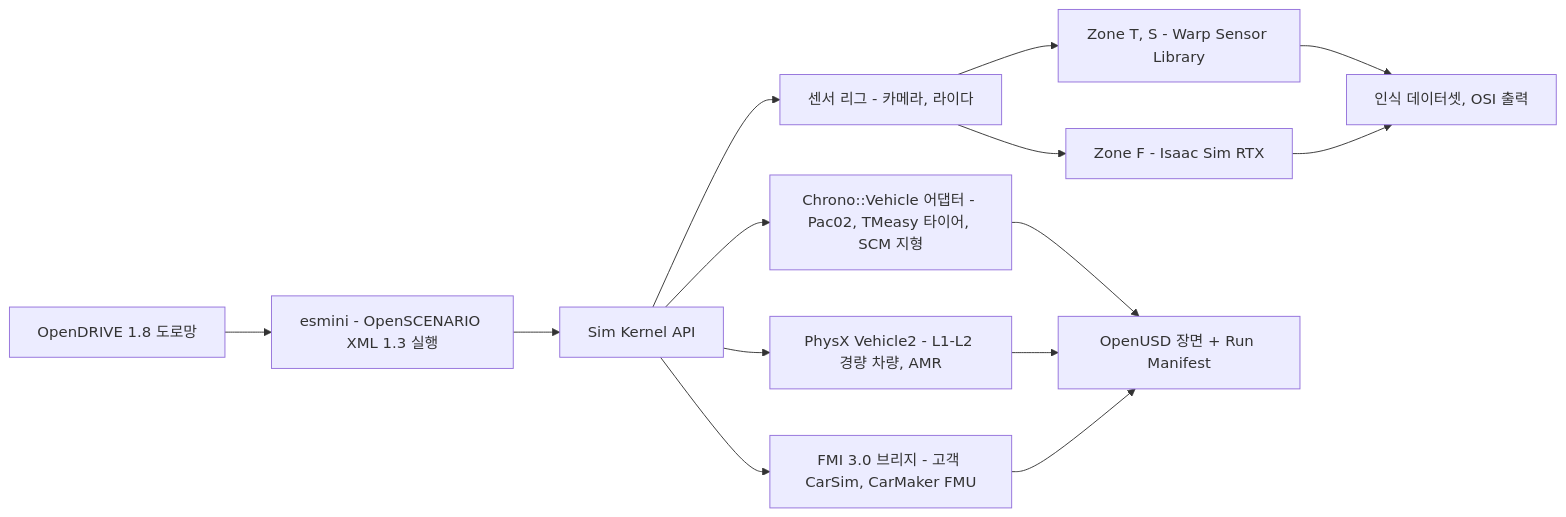
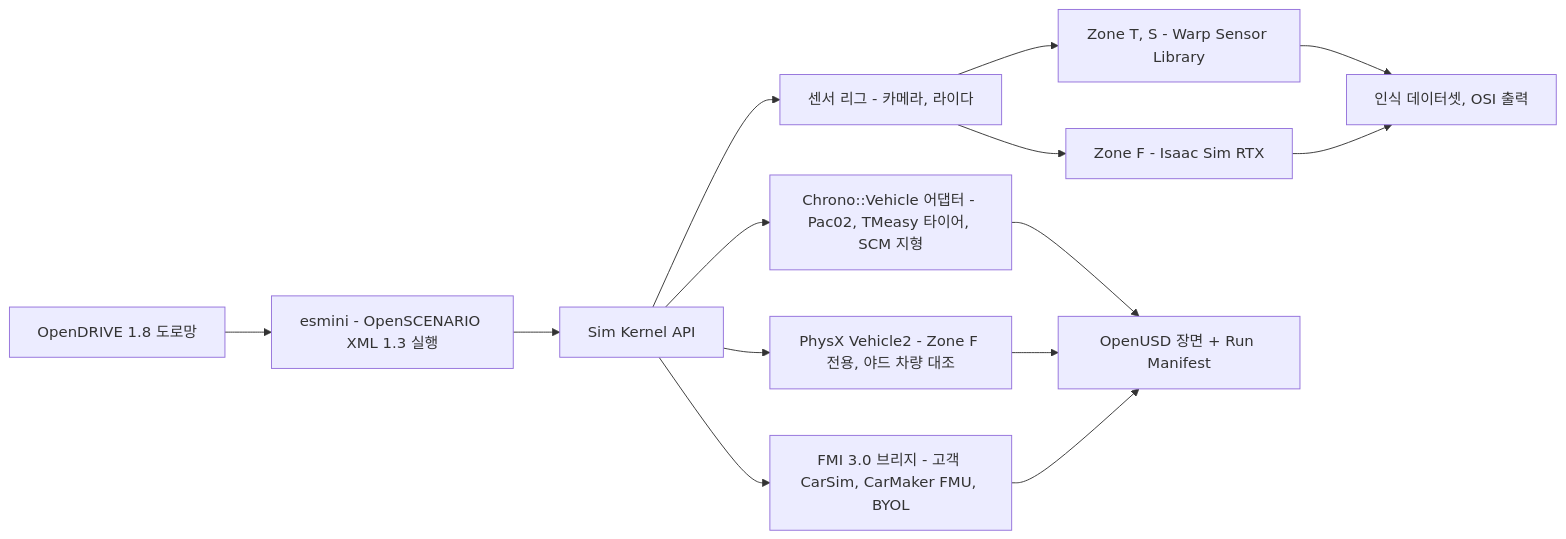
One commit to ouremployeeces-ship-it/AIResearch changed the third of 8 diagrams in docs/digital-twin-platform/03-engine-selection-build-vs-buy.md. Above: the diagram before and after it, drawn with Mermaid. The commit also changed other lines of this file and 14 other files, not shown here.

````diff
--- a/docs/digital-twin-platform/03-engine-selection-build-vs-buy.md
+++ b/docs/digital-twin-platform/03-engine-selection-build-vs-buy.md
@@ -358,16 +341,16 @@
 ```mermaid
 flowchart LR
     OD["OpenDRIVE 1.8 도로망"] --> ES["esmini - OpenSCENARIO XML 1.3 실행"]
     ES --> K["Sim Kernel API"]
     K --> CV["Chrono::Vehicle 어댑터 - Pac02, TMeasy 타이어, SCM 지형"]
-    K --> PV["PhysX Vehicle2 - L1-L2 경량 차량, AMR"]
-    K --> FM["FMI 3.0 브리지 - 고객 CarSim, CarMaker FMU"]
+    K --> PV["PhysX Vehicle2 - Zone F 전용, 야드 차량 대조"]
+    K --> FM["FMI 3.0 브리지 - 고객 CarSim, CarMaker FMU, BYOL"]
     K --> SR["센서 리그 - 카메라, 라이다"]
     SR --> WSL["Zone T, S - Warp Sensor Library"]
     SR --> RTX["Zone F - Isaac Sim RTX"]
     CV --> USD["OpenUSD 장면 + Run Manifest"]
     PV --> USD
     FM --> USD
     WSL --> OUT["인식 데이터셋, OSI 출력"]
     RTX --> OUT
 ```
````
